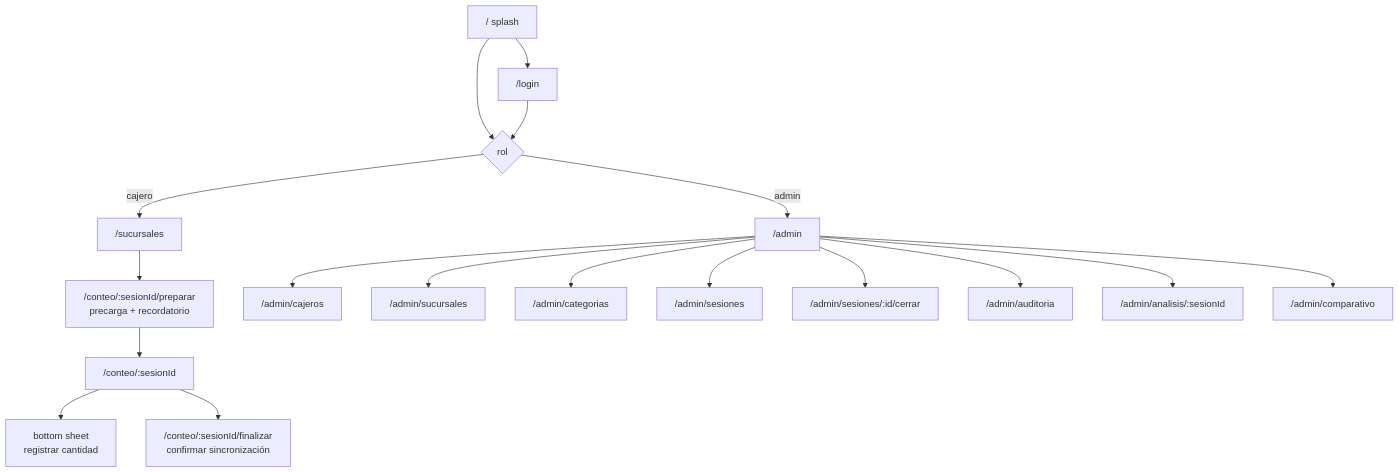
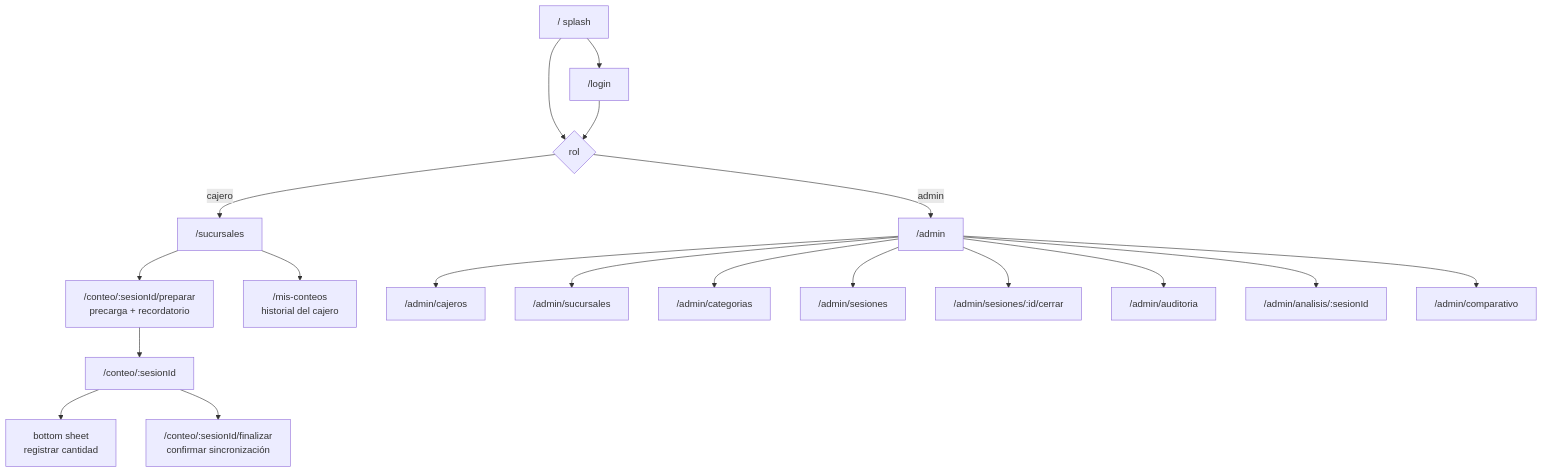
The first of 3 diagrams in docs/diseno/11-ux-y-navegacion.md (jab16jy/inventory-tally), drawn with Mermaid before and after one commit. The commit also changed 12 other files, not shown here.

First line of the commit message:
feat(cajero): historial de conteos en /mis-conteos

````diff
--- a/docs/diseno/11-ux-y-navegacion.md
+++ b/docs/diseno/11-ux-y-navegacion.md
@@ -35,23 +35,24 @@
 ```mermaid
 flowchart TD
     SPLASH["/ splash"] --> LOGIN["/login"]
     SPLASH --> HOME{"rol"}
     LOGIN --> HOME
 
     HOME -->|cajero| SUC["/sucursales"]
     HOME -->|admin| PANEL["/admin"]
 
     SUC --> PREP["/conteo/:sesionId/preparar<br/>precarga + recordatorio"]
+    SUC --> MIS["/mis-conteos<br/>historial del cajero"]
     PREP --> CONTEO["/conteo/:sesionId"]
     CONTEO --> DETALLE["bottom sheet<br/>registrar cantidad"]
     CONTEO --> FIN["/conteo/:sesionId/finalizar<br/>confirmar sincronización"]
 
     PANEL --> USR["/admin/cajeros"]
     PANEL --> SUCA["/admin/sucursales"]
     PANEL --> CAT["/admin/categorias"]
     PANEL --> SES["/admin/sesiones"]
     PANEL --> CIERRE["/admin/sesiones/:id/cerrar"]
     PANEL --> AUD["/admin/auditoria"]
     PANEL --> ANA["/admin/analisis/:sesionId"]
     PANEL --> CMP["/admin/comparativo"]
 ```
````
